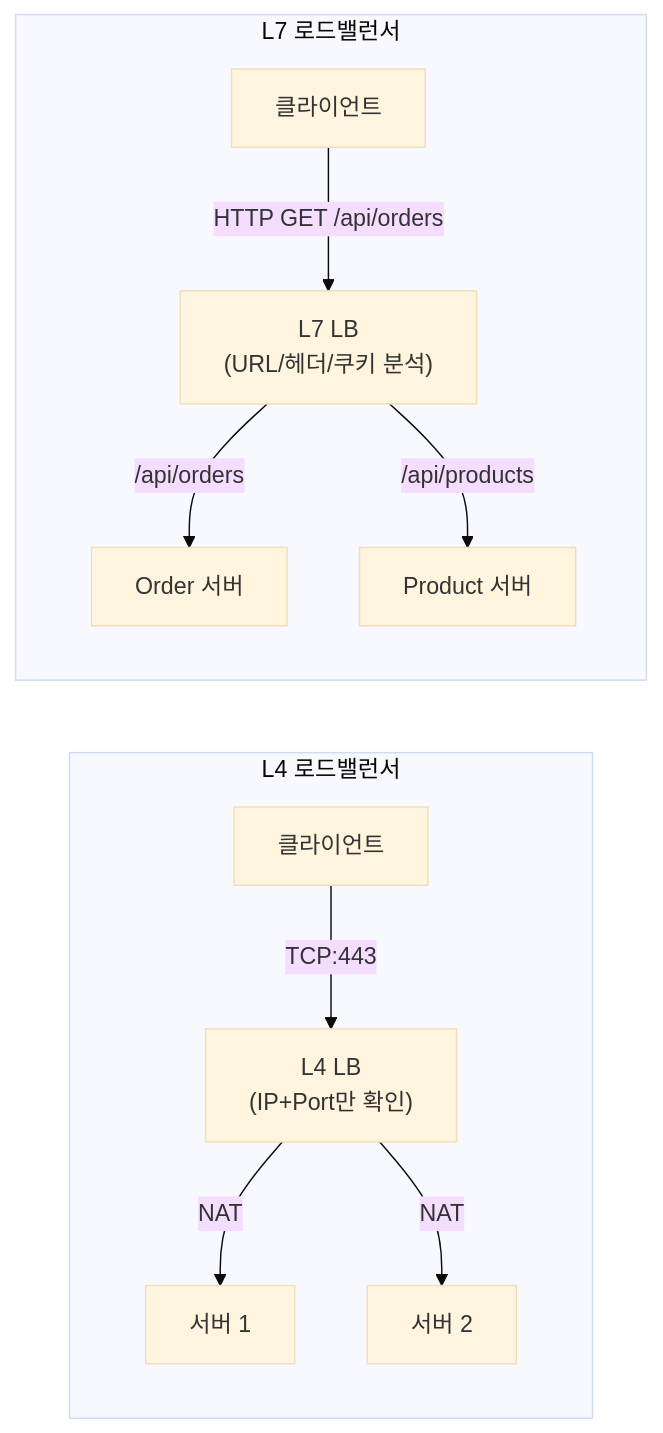
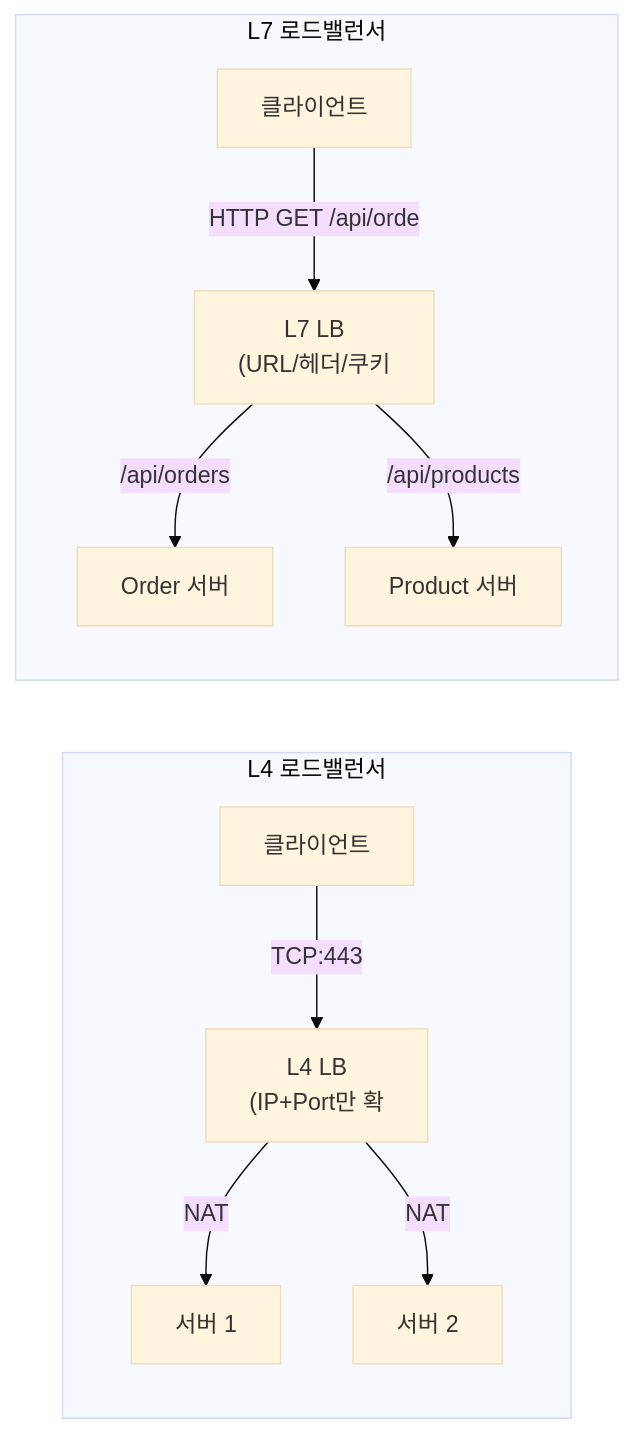
One commit to yjkim2015/yjkim2015.github.io changed the second of 8 diagrams in _posts/network/2026-05-01-load-balancer.md. Above: the diagram before and after it, drawn with Mermaid (base theme). The commit also changed other lines of this file and 271 other files, not shown here.

First line of the commit message:
Mermaid 라벨 축소: 긴 노드 텍스트 18자 이하로 트림 + \n 제거

````diff
--- a/_posts/network/2026-05-01-load-balancer.md
+++ b/_posts/network/2026-05-01-load-balancer.md
@@ -141,13 +141,13 @@
 ```mermaid
 graph LR
     subgraph "L4 로드밸런서"
-        C1["클라이언트"] -->|"TCP:443"| L4LB["L4 LB\n(IP+Port만 확인)"]
+        C1["클라이언트"] -->|"TCP:443"| L4LB["L4 LB\n(IP+Port만 확"]
         L4LB -->|"NAT"| S1A["서버 1"]
         L4LB -->|"NAT"| S1B["서버 2"]
     end
     subgraph "L7 로드밸런서"
-        C2["클라이언트"] -->|"HTTP GET /api/orders"| L7LB["L7 LB\n(URL/헤더/쿠키 분석)"]
+        C2["클라이언트"] -->|"HTTP GET /api/orde"| L7LB["L7 LB\n(URL/헤더/쿠키"]
         L7LB -->|"/api/orders"| S2A["Order 서버"]
         L7LB -->|"/api/products"| S2B["Product 서버"]
     end
 ```
````
